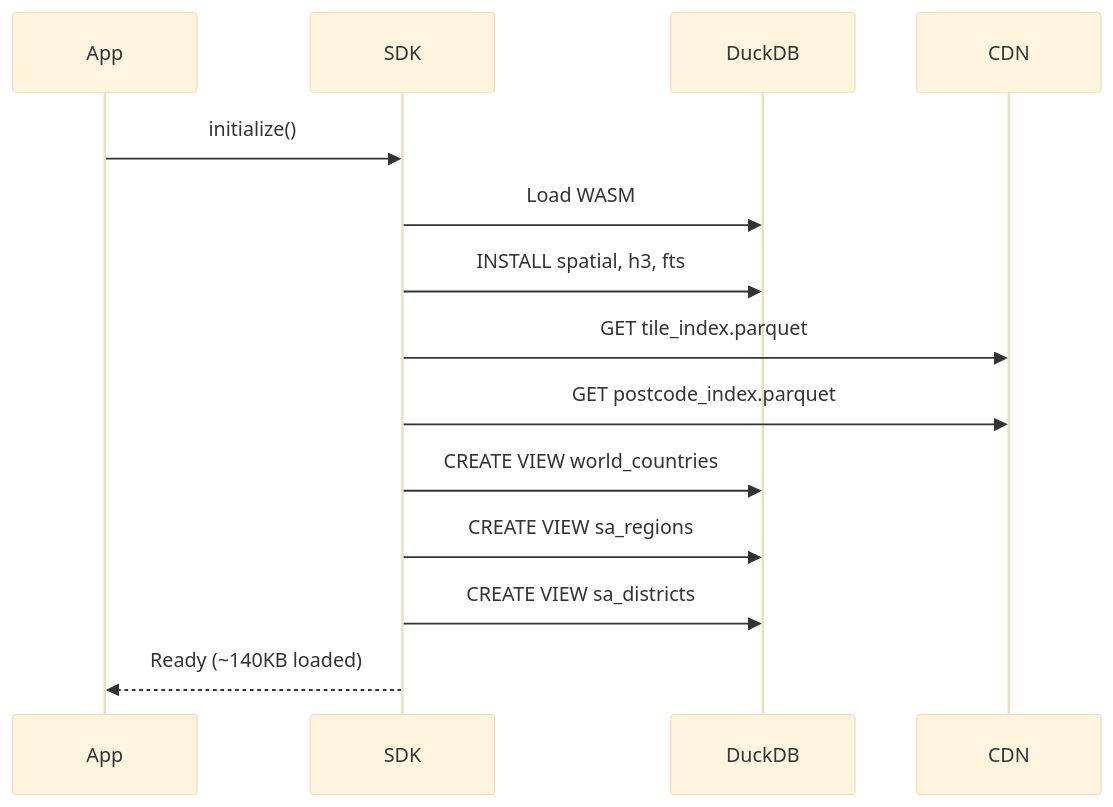
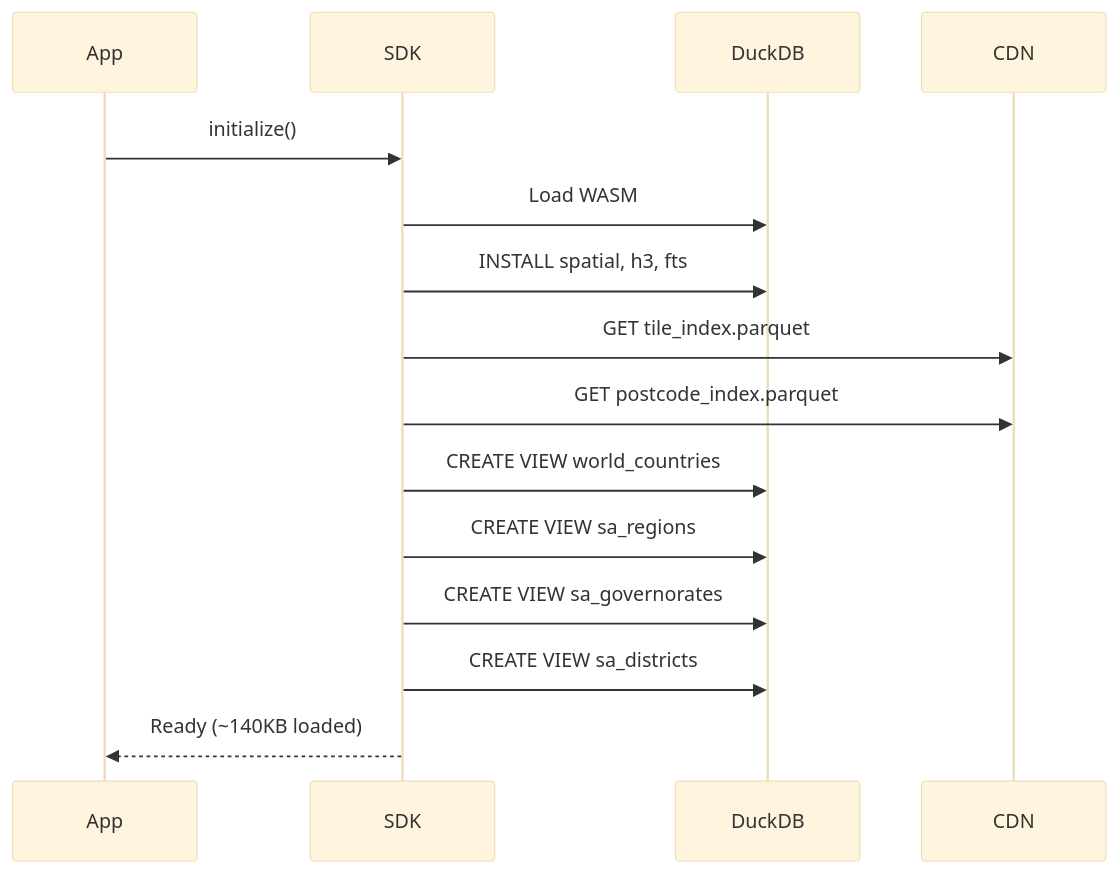
Before and after one commit to tabaqatdev/geocoding-sdk: the second of 5 diagrams in examples/react/app/routes/docs/ARCHITECTURE.en.md, drawn with Mermaid (base theme). The commit also changed other lines of this file and 4 other files, not shown here.

````diff
--- a/examples/react/app/routes/docs/ARCHITECTURE.en.md
+++ b/examples/react/app/routes/docs/ARCHITECTURE.en.md
@@ -61,17 +61,18 @@
 ```mermaid
 sequenceDiagram
     participant App
     participant SDK
     participant DuckDB
     participant CDN
 
     App->>SDK: initialize()
     SDK->>DuckDB: Load WASM
     SDK->>DuckDB: INSTALL spatial, h3, fts
     SDK->>CDN: GET tile_index.parquet
     SDK->>CDN: GET postcode_index.parquet
     SDK->>DuckDB: CREATE VIEW world_countries
     SDK->>DuckDB: CREATE VIEW sa_regions
+    SDK->>DuckDB: CREATE VIEW sa_governorates
     SDK->>DuckDB: CREATE VIEW sa_districts
     SDK-->>App: Ready (~140KB loaded)
 ```
````
